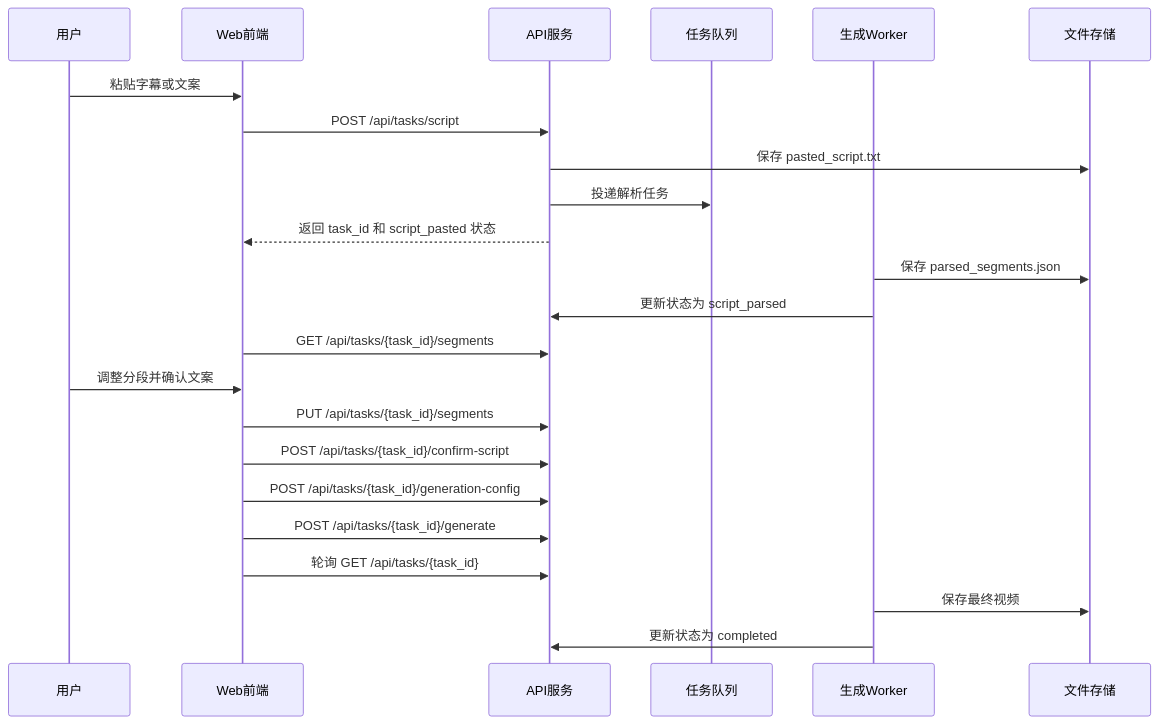
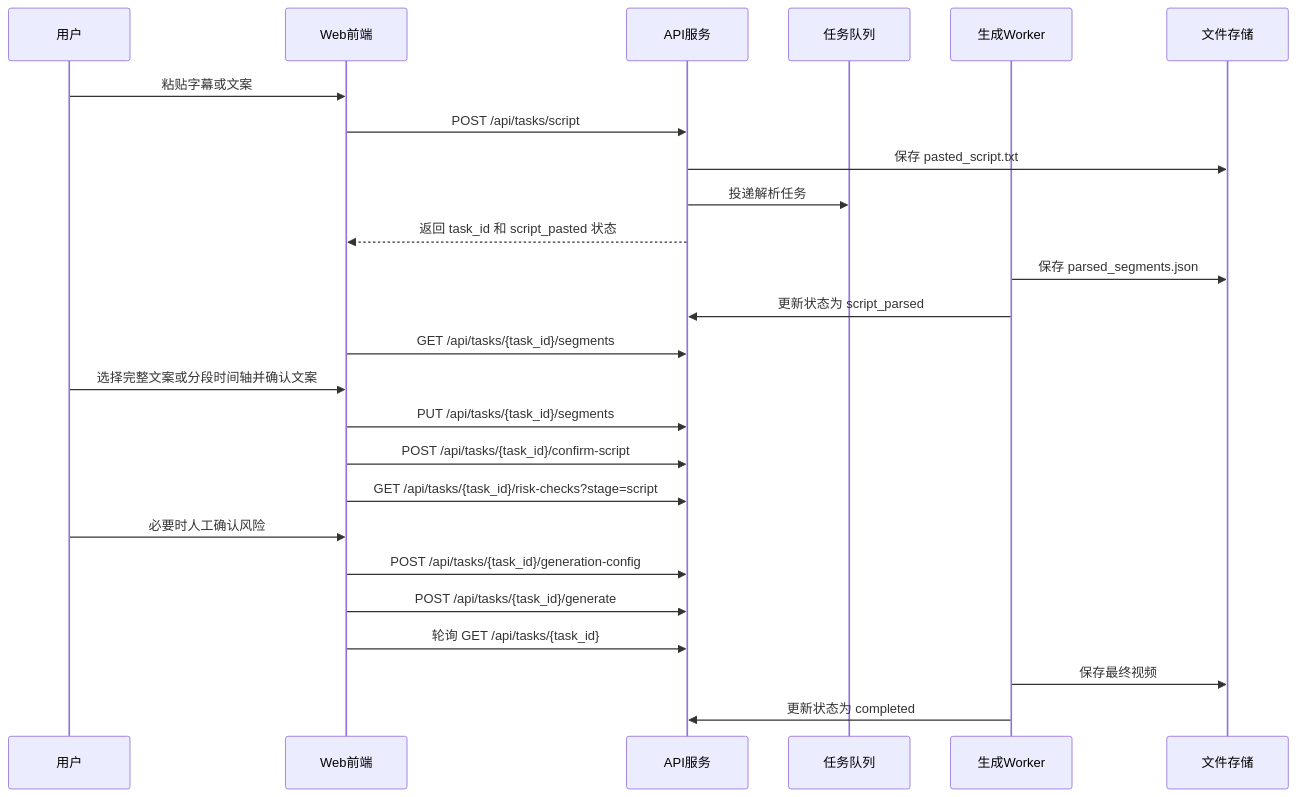
One commit to AlphaSphere/DigitalHuman changed the second of 2 diagrams in docs/api-interface-design.md. Above: the diagram before and after it, drawn with Mermaid. The commit also changed other lines of this file and 11 other files, not shown here.

Commit message:
Update generation flow and docs alignment

````diff
--- a/docs/api-interface-design.md
+++ b/docs/api-interface-design.md
@@ -46,26 +48,28 @@
 ```mermaid
 sequenceDiagram
   participant User as 用户
   participant Web as Web前端
   participant API as API服务
   participant Queue as 任务队列
   participant Worker as 生成Worker
   participant Storage as 文件存储
 
   User->>Web: 粘贴字幕或文案
   Web->>API: POST /api/tasks/script
   API->>Storage: 保存 pasted_script.txt
   API->>Queue: 投递解析任务
   API-->>Web: 返回 task_id 和 script_pasted 状态
   Worker->>Storage: 保存 parsed_segments.json
   Worker->>API: 更新状态为 script_parsed
   Web->>API: GET /api/tasks/{task_id}/segments
-  User->>Web: 调整分段并确认文案
+  User->>Web: 选择完整文案或分段时间轴并确认文案
   Web->>API: PUT /api/tasks/{task_id}/segments
   Web->>API: POST /api/tasks/{task_id}/confirm-script
+  Web->>API: GET /api/tasks/{task_id}/risk-checks?stage=script
+  User->>Web: 必要时人工确认风险
   Web->>API: POST /api/tasks/{task_id}/generation-config
   Web->>API: POST /api/tasks/{task_id}/generate
   Web->>API: 轮询 GET /api/tasks/{task_id}
   Worker->>Storage: 保存最终视频
   Worker->>API: 更新状态为 completed
 ```
````
